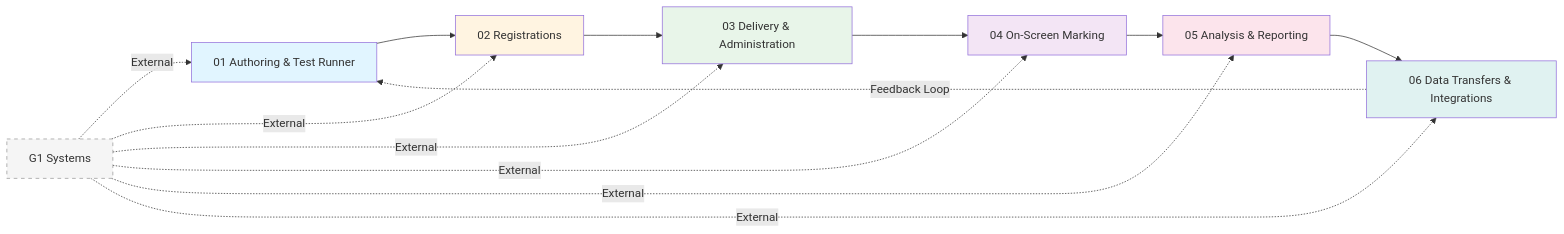
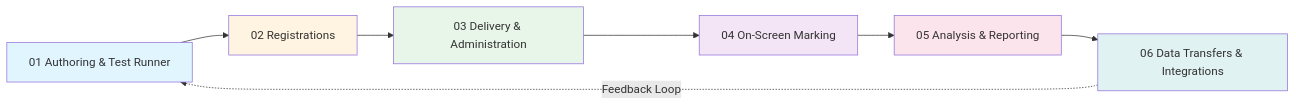
One commit to Vretta/VEA-Lakehouse-DAG-Userguide changed the diagram in assessment-lifecycle.md. Above: the diagram before and after it, drawn with Mermaid.

Commit message:
Remove G1 Systems from assessment lifecycle mermaid diagram

````diff
--- a/assessment-lifecycle.md
+++ b/assessment-lifecycle.md
@@ -9,24 +9,16 @@
 ```mermaid
 graph LR
     A[01 Authoring & Test Runner] --> B[02 Registrations]
     B --> C[03 Delivery & Administration]
     C --> D[04 On-Screen Marking]
     D --> E[05 Analysis & Reporting]
     E --> F[06 Data Transfers & Integrations]
     F -.->|Feedback Loop| A
     
-    G[G1 Systems] -.->|External| A
-    G -.->|External| B
-    G -.->|External| C
-    G -.->|External| D
-    G -.->|External| E
-    G -.->|External| F
-    
     style A fill:#e1f5ff
     style B fill:#fff4e1
     style C fill:#e8f5e9
     style D fill:#f3e5f5
     style E fill:#fce4ec
     style F fill:#e0f2f1
-    style G fill:#f5f5f5,stroke:#999,stroke-dasharray: 5 5
 ```
````
